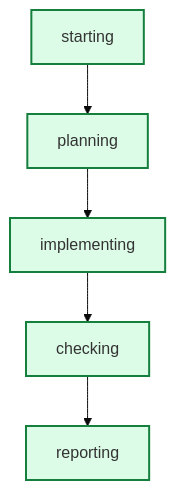
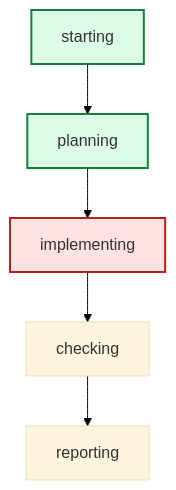
One commit to daniell0gda/hermes-feature-check-dashboard changed the diagram in latest/graph.mmd. Above: the diagram before and after it, drawn with Mermaid (base theme). The commit also changed 19 other files, not shown here.

```diff
--- a/latest/graph.mmd
+++ b/latest/graph.mmd
@@ -1,14 +1,12 @@
 graph TD
     starting --> planning
     planning --> implementing
     implementing --> checking
     checking --> reporting
 
 classDef done fill:#dcfce7,stroke:#15803d,stroke-width:2px;
 classDef active fill:#dbeafe,stroke:#2563eb,stroke-width:3px;
 classDef failed fill:#fee2e2,stroke:#b42318,stroke-width:2px;
 class planning done;
+class implementing failed;
 class starting done;
-class reporting done;
-class implementing done;
-class checking done;
```
